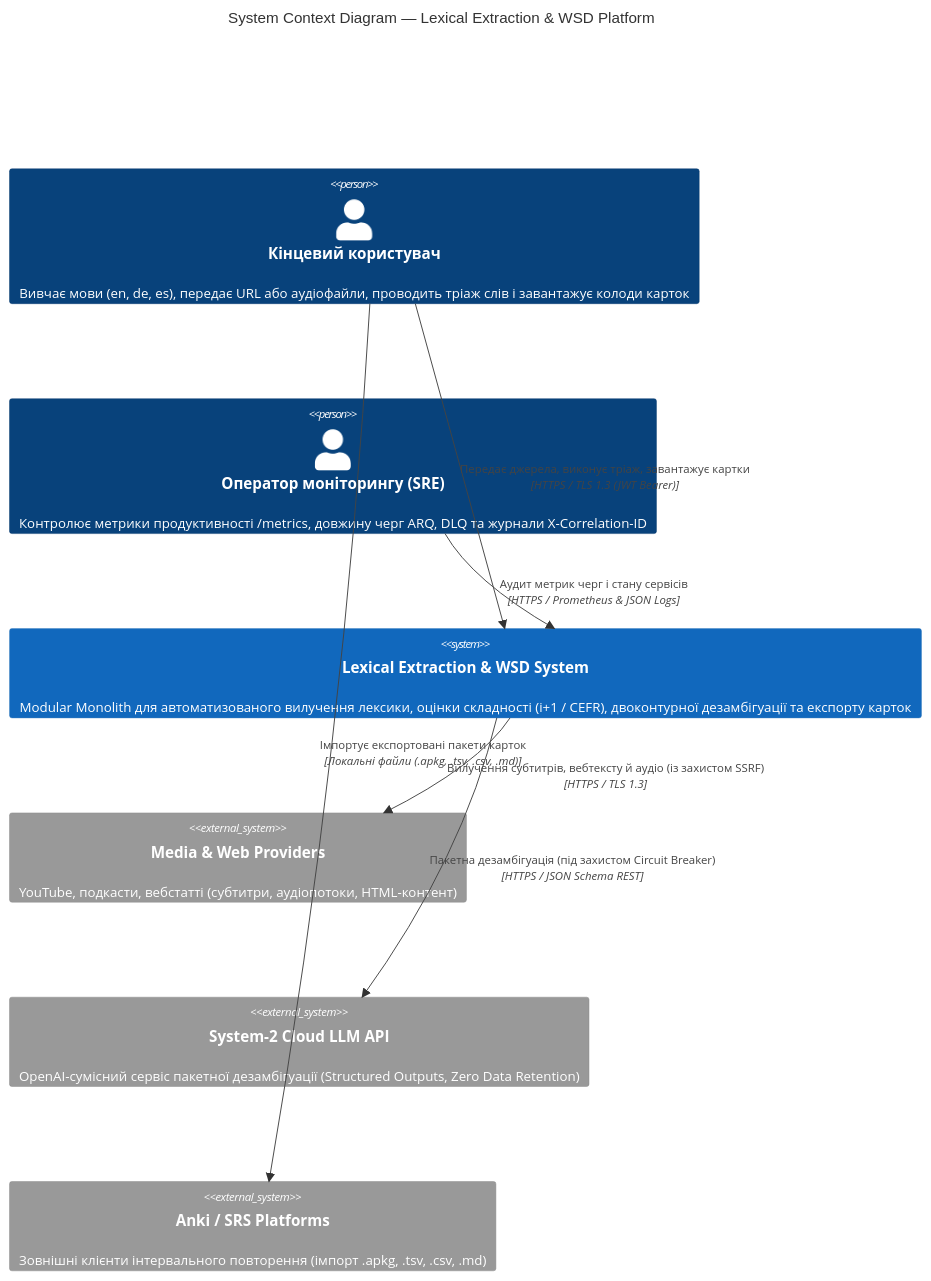
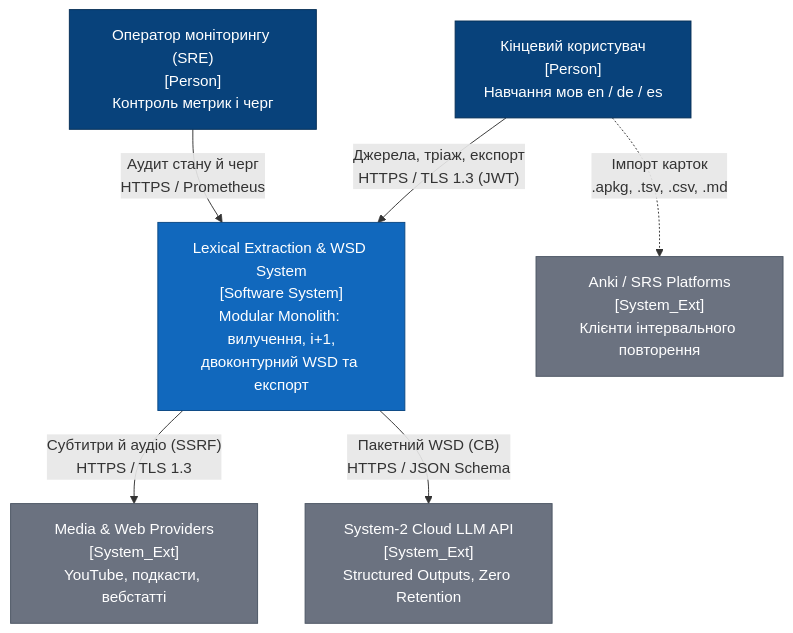
Before and after one commit to endi-27/F2-diploma-project: the first of 3 diagrams in docs/2_design.md, drawn with Mermaid. The commit also changed other lines of this file, not shown here.

Commit message:
docs(design): switch C4 mermaid diagrams to layered flowchart TB to eliminate label overlap

````diff
--- a/docs/2_design.md
+++ b/docs/2_design.md
@@ -18,19 +18,21 @@
 ```mermaid
-C4Context
-    title System Context Diagram — Lexical Extraction & WSD Platform
+flowchart TB
+    classDef person fill:#08427B,stroke:#052E56,color:#FFFFFF
+    classDef system fill:#1168BD,stroke:#0B4884,color:#FFFFFF
+    classDef ext fill:#6B7280,stroke:#4B5563,color:#FFFFFF
 
-    Person(user, "Кінцевий користувач", "Вивчає мови (en, de, es), передає URL або аудіофайли, проводить тріаж слів і завантажує колоди карток")
-    Person(operator, "Оператор моніторингу (SRE)", "Контролює метрики продуктивності /metrics, довжину черг ARQ, DLQ та журнали X-Correlation-ID")
+    User["Кінцевий користувач<br/>[Person]<br/>Навчання мов en / de / es"]:::person
+    SRE["Оператор моніторингу (SRE)<br/>[Person]<br/>Контроль метрик і черг"]:::person
 
-    System(lex_system, "Lexical Extraction & WSD System", "Modular Monolith для автоматизованого вилучення лексики, оцінки складності (i+1 / CEFR), двоконтурної дезамбігуації та експорту карток")
+    LexSys["Lexical Extraction & WSD System<br/>[Software System]<br/>Modular Monolith: вилучення, i+1,<br/>двоконтурний WSD та експорт"]:::system
 
-    System_Ext(media_src, "Media & Web Providers", "YouTube, подкасти, вебстатті (субтитри, аудіопотоки, HTML-контент)")
-    System_Ext(llm_api, "System-2 Cloud LLM API", "OpenAI-сумісний сервіс пакетної дезамбігуації (Structured Outputs, Zero Data Retention)")
-    System_Ext(srs_app, "Anki / SRS Platforms", "Зовнішні клієнти інтервального повторення (імпорт .apkg, .tsv, .csv, .md)")
+    MediaExt["Media & Web Providers<br/>[System_Ext]<br/>YouTube, подкасти, вебстатті"]:::ext
+    LLMExt["System-2 Cloud LLM API<br/>[System_Ext]<br/>Structured Outputs, Zero Retention"]:::ext
+    AnkiExt["Anki / SRS Platforms<br/>[System_Ext]<br/>Клієнти інтервального повторення"]:::ext
 
-    Rel(user, lex_system, "Передає джерела, виконує тріаж, завантажує картки", "HTTPS / TLS 1.3 (JWT Bearer)")
-    Rel(operator, lex_system, "Аудит метрик черг і стану сервісів", "HTTPS / Prometheus & JSON Logs")
-    Rel(lex_system, media_src, "Вилучення субтитрів, вебтексту й аудіо (із захистом SSRF)", "HTTPS / TLS 1.3")
-    Rel(lex_system, llm_api, "Пакетна дезамбігуація (під захистом Circuit Breaker)", "HTTPS / JSON Schema REST")
-    Rel(user, srs_app, "Імпортує експортовані пакети карток", "Локальні файли (.apkg, .tsv, .csv, .md)")
+    User -->|"Джерела, тріаж, експорт<br/>HTTPS / TLS 1.3 (JWT)"| LexSys
+    SRE -->|"Аудит стану й черг<br/>HTTPS / Prometheus"| LexSys
+    LexSys -->|"Субтитри й аудіо (SSRF)<br/>HTTPS / TLS 1.3"| MediaExt
+    LexSys -->|"Пакетний WSD (CB)<br/>HTTPS / JSON Schema"| LLMExt
+    User -.->|"Імпорт карток<br/>.apkg, .tsv, .csv, .md"| AnkiExt
 ```
````
